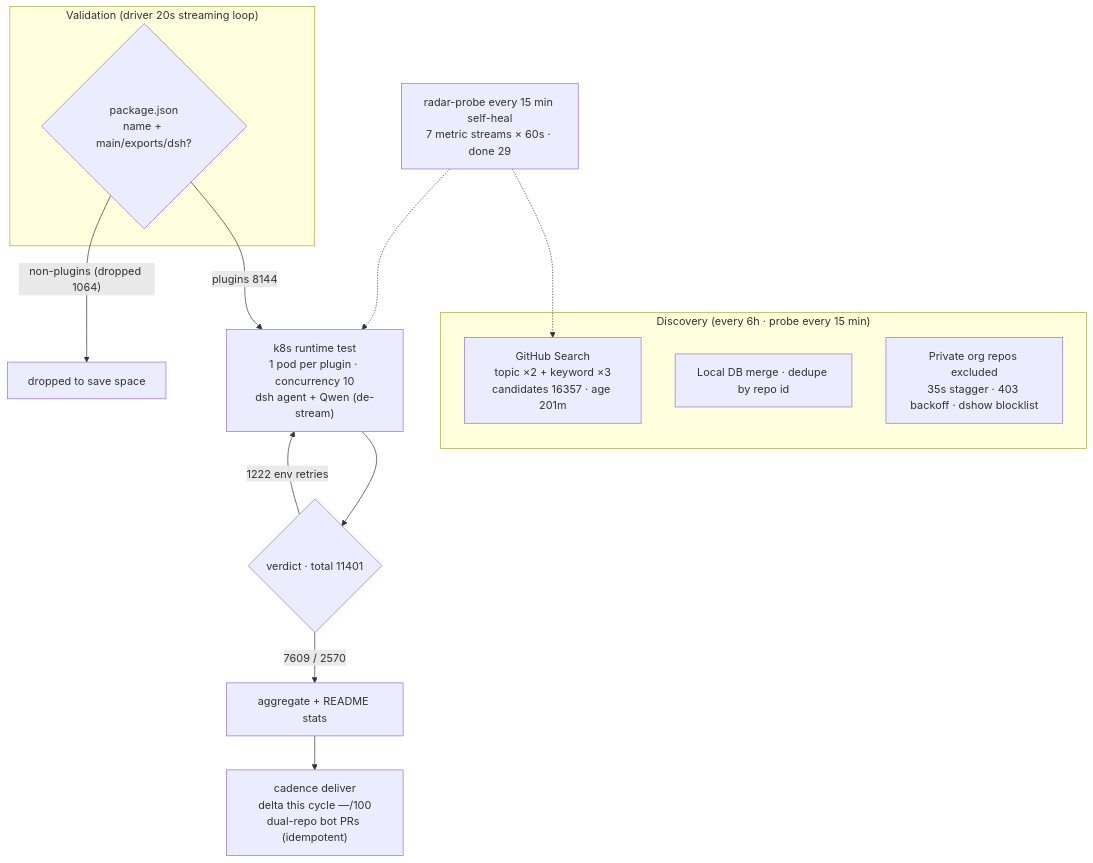
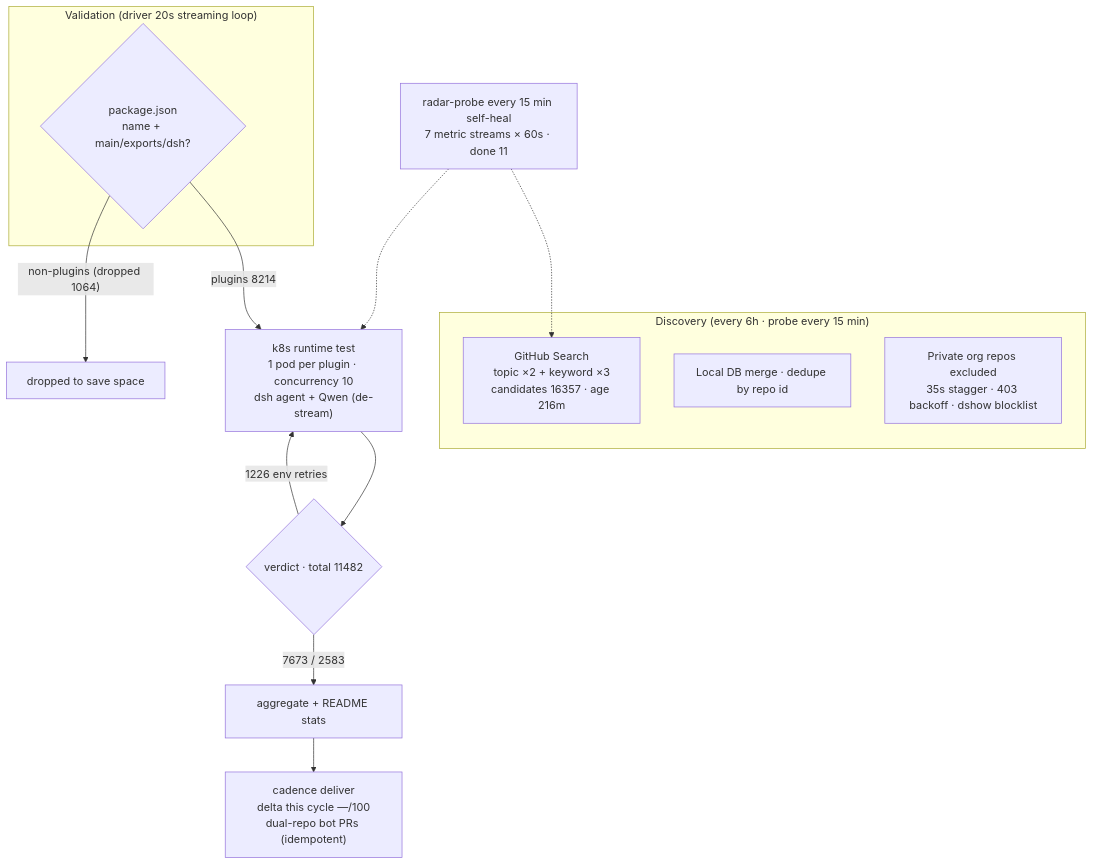
One commit to AdamPlatin123/awesome-dsh-plugins changed the diagram in README.en-US.md. Above: the diagram before and after it, drawn with Mermaid. The commit also changed other lines of this file and 5 other files, not shown here.

````diff
--- a/README.en-US.md
+++ b/README.en-US.md
@@ -45,20 +45,20 @@
 ```mermaid
 flowchart TB
     subgraph Discovery["Discovery (every 6h · probe every 15 min)"]
-        A1["GitHub Search<br/>topic ×2 + keyword ×3<br/>candidates 16357 · age 201m"]
+        A1["GitHub Search<br/>topic ×2 + keyword ×3<br/>candidates 16357 · age 216m"]
         A2["Local DB merge · dedupe by repo id"]
         A3["Private org repos excluded<br/>35s stagger · 403 backoff · dshow blocklist"]
     end
     subgraph Validation["Validation (driver 20s streaming loop)"]
         B1{"package.json<br/>name + main/exports/dsh?"}
     end
-    B1 -->|"plugins 8144"| C1["k8s runtime test<br/>1 pod per plugin · concurrency 10<br/>dsh agent + Qwen (de-stream)"]
+    B1 -->|"plugins 8214"| C1["k8s runtime test<br/>1 pod per plugin · concurrency 10<br/>dsh agent + Qwen (de-stream)"]
     B1 -->|"non-plugins (dropped 1064)"| B3["dropped to save space"]
-    C1 --> D1{"verdict · total 11401"}
-    D1 -->|"7609 / 2570"| E1["aggregate + README stats"]
-    D1 -->|"1222 env retries"| C1
+    C1 --> D1{"verdict · total 11482"}
+    D1 -->|"7673 / 2583"| E1["aggregate + README stats"]
+    D1 -->|"1226 env retries"| C1
     E1 --> E2["cadence deliver<br/>delta this cycle —/100<br/>dual-repo bot PRs (idempotent)"]
-    M["radar-probe every 15 min self-heal<br/>7 metric streams × 60s · done 29"]
+    M["radar-probe every 15 min self-heal<br/>7 metric streams × 60s · done 11"]
     M -.-> A1
     M -.-> C1
 ```
````
